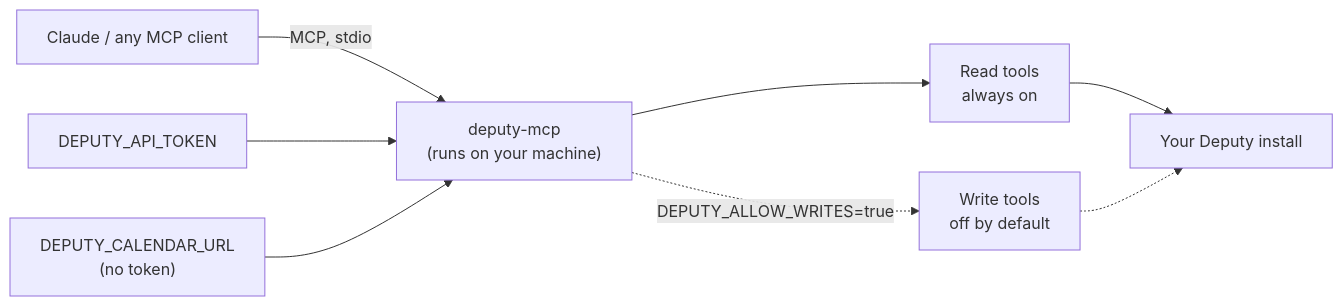
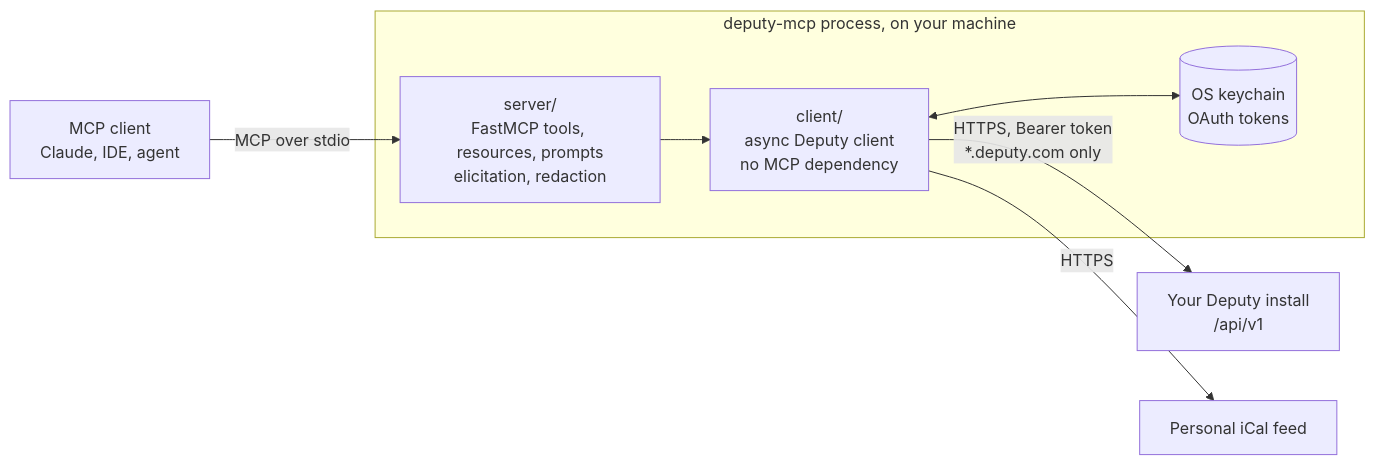
Before and after one commit to augbastos/Deputy-MCP: the diagram in README.md, drawn with Mermaid. The commit also changed other lines of this file and 14 other files, not shown here.

````diff
--- a/README.md
+++ b/README.md
@@ -157,13 +98,15 @@
 ```mermaid
 flowchart LR
-    A["Claude / any MCP client"] -->|"MCP, stdio"| B["deputy-mcp<br/>(runs on your machine)"]
+    Agent["MCP client<br/>Claude, IDE, agent"] -- "MCP over stdio" --> Server
 
-    T1["DEPUTY_API_TOKEN"] --> B
-    T2["DEPUTY_CALENDAR_URL<br/>(no token)"] --> B
+    subgraph Local["deputy-mcp process, on your machine"]
+        Server["server/<br/>FastMCP tools, resources, prompts<br/>elicitation, redaction"]
+        Client["client/<br/>async Deputy client<br/>no MCP dependency"]
+        Store[("OS keychain<br/>OAuth tokens")]
+        Server --> Client
+        Client <--> Store
+    end
 
-    B --> R["Read tools<br/>always on"]
-    B -.->|"DEPUTY_ALLOW_WRITES=true"| W["Write tools<br/>off by default"]
-
-    R --> API["Your Deputy install"]
-    W -.-> API
+    Client -- "HTTPS, Bearer token<br/>*.deputy.com only" --> Deputy["Your Deputy install<br/>/api/v1"]
+    Client -- "HTTPS" --> Feed["Personal iCal feed"]
 ```
````
